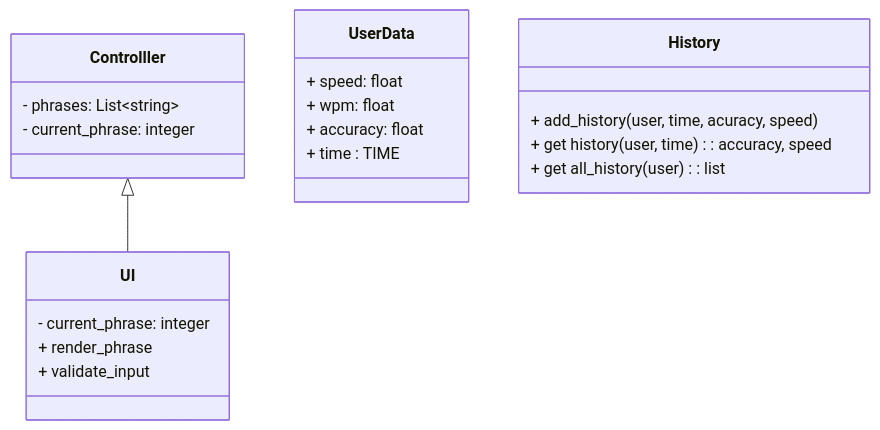
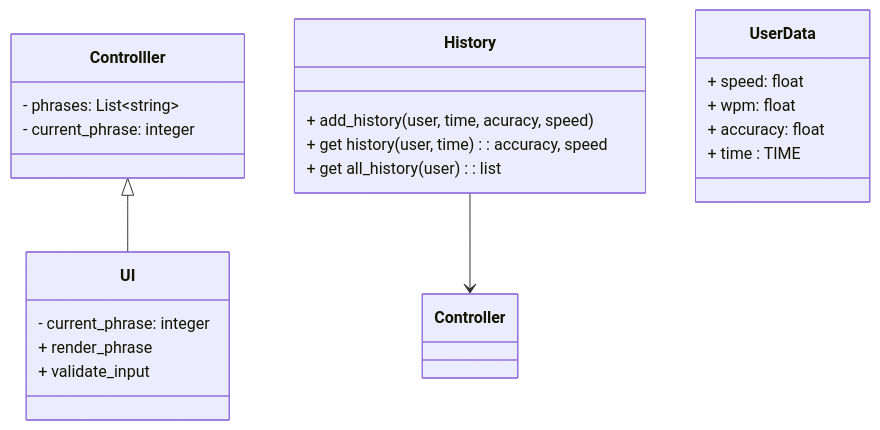
One commit to imiziuk/tippitytappity-design changed the diagram in README.md. Above: the diagram before and after it, drawn with Mermaid.

Commit message:
Fix formatting issues in README.md

````diff
--- a/README.md
+++ b/README.md
@@ -8,24 +8,26 @@
 ```mermaid
 classDiagram
   Controlller <|-- UI
+  History --> Controller
+
   class UserData{
         + speed: float
         + wpm: float
         + accuracy: float
         + time : TIME
   }
   class UI{
     - current_phrase: integer
     + render_phrase
     + validate_input
   }
   class Controlller{
     - phrases: List~string~
     - current_phrase: integer 
   }
   class History{
      + add_history(user, time, acuracy, speed)
      + get history(user, time) : accuracy, speed
      + get all_history(user) : list<history(user over time)
   }
 ```
````
